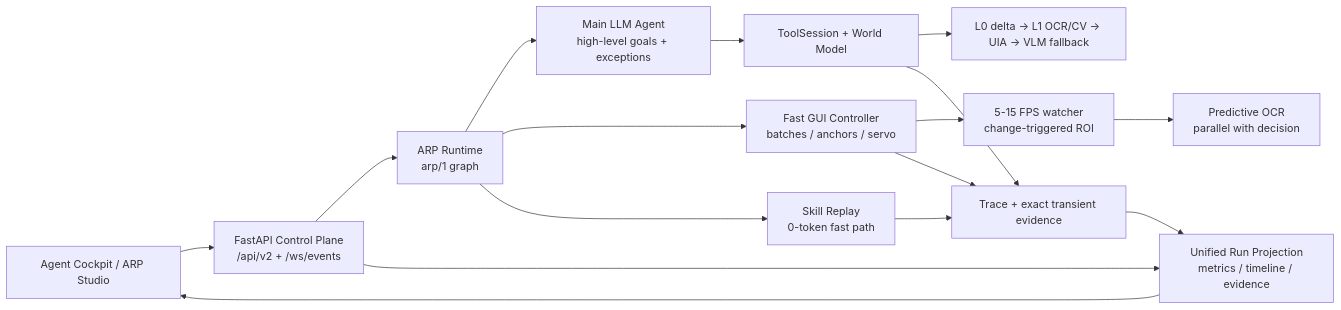
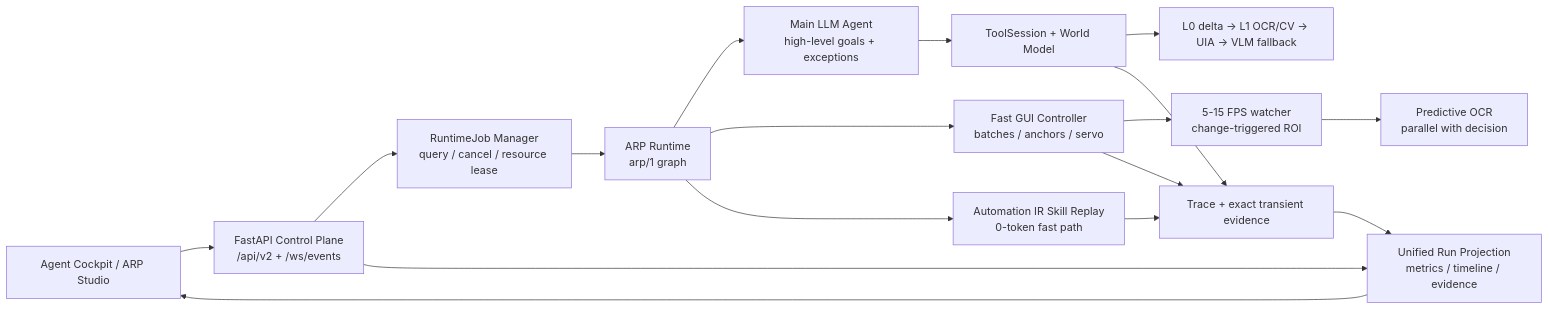
One commit to zoujiapeng/lingdong-script changed the first of 2 diagrams in docs/architecture.md. Above: the diagram before and after it, drawn with Mermaid. The commit also changed other lines of this file and 150 other files, not shown here.

````diff
--- a/docs/architecture.md
+++ b/docs/architecture.md
@@ -7,18 +7,19 @@
 ```mermaid
 flowchart LR
   User["Agent Cockpit / ARP Studio"] --> Control["FastAPI Control Plane\n/api/v2 + /ws/events"]
-  Control --> ARP["ARP Runtime\narp/1 graph"]
+  Control --> Jobs["RuntimeJob Manager\nquery / cancel / resource lease"]
+  Jobs --> ARP["ARP Runtime\narp/1 graph"]
   Control --> Projection["Unified Run Projection\nmetrics / timeline / evidence"]
   ARP --> Runner["Main LLM Agent\nhigh-level goals + exceptions"]
   ARP --> Controller["Fast GUI Controller\nbatches / anchors / servo"]
-  ARP --> Skills["Skill Replay\n0-token fast path"]
+  ARP --> Skills["Automation IR Skill Replay\n0-token fast path"]
   Runner --> Tools["ToolSession + World Model"]
   Tools --> Perception["L0 delta -> L1 OCR/CV -> UIA -> VLM fallback"]
   Controller --> Watcher["5-15 FPS watcher\nchange-triggered ROI"]
   Watcher --> Prefetch["Predictive OCR\nparallel with decision"]
   Tools --> Trace["Trace + exact transient evidence"]
   Controller --> Trace
   Skills --> Trace
   Trace --> Projection
   Projection --> User
 ```
````
